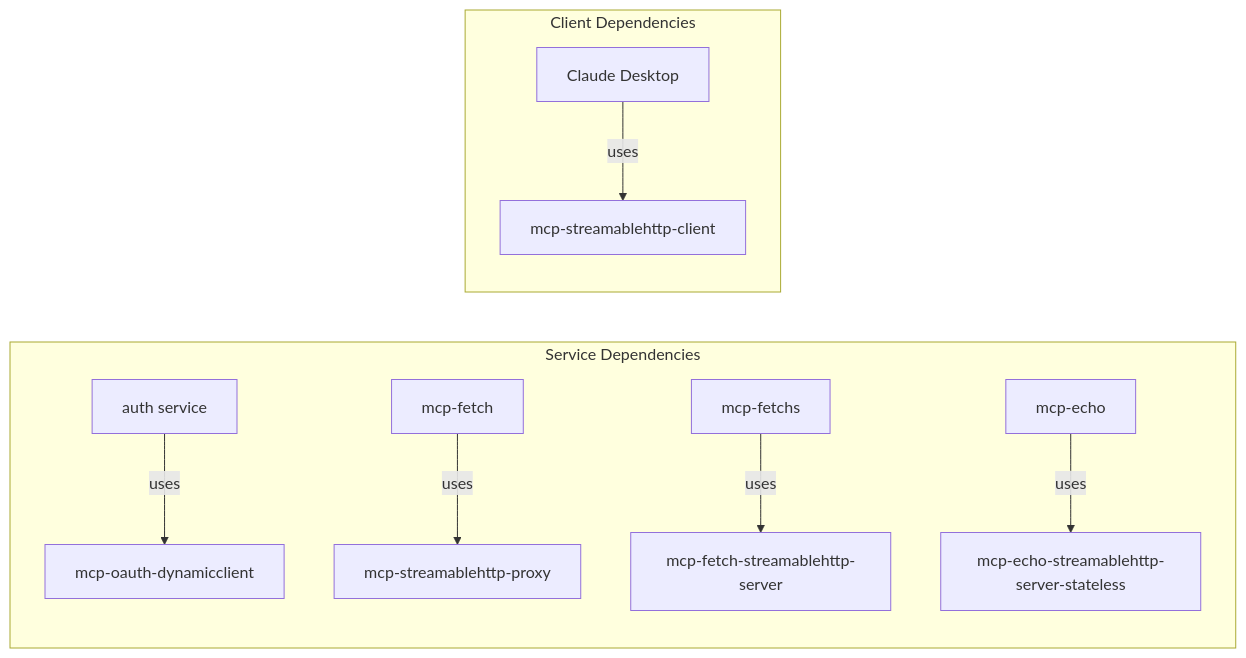
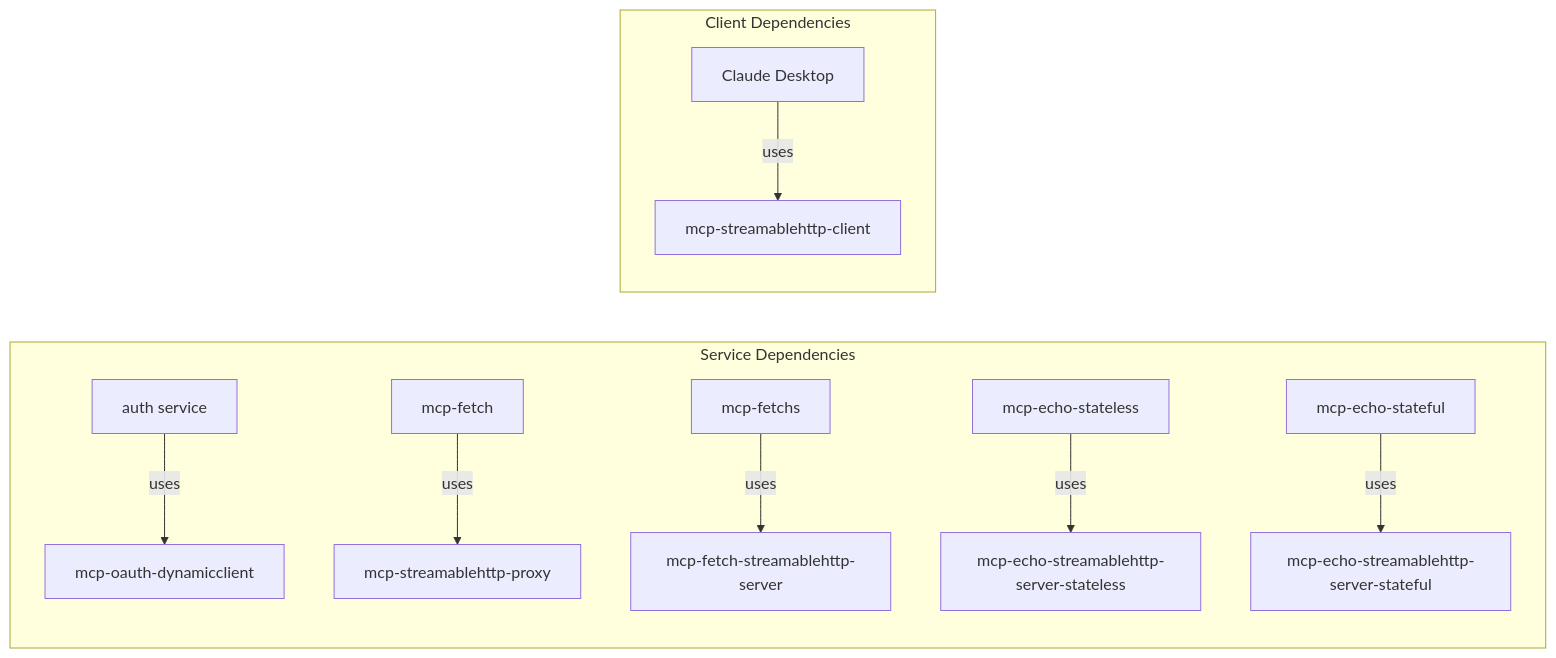
Before and after one commit to atrawog/mcp-oauth-gateway: the second of 2 diagrams in docs/packages/overview.md, drawn with Mermaid. The commit also changed other lines of this file and 13 other files, not shown here.

First line of the commit message:
Refactor and enhance MCP Echo services with stateful and stateless configurations

````diff
--- a/docs/packages/overview.md
+++ b/docs/packages/overview.md
@@ -99,13 +111,14 @@
 ```mermaid
 graph LR
     subgraph "Service Dependencies"
         A[auth service] -->|uses| O[mcp-oauth-dynamicclient]
         F1[mcp-fetch] -->|uses| P[mcp-streamablehttp-proxy]
         F2[mcp-fetchs] -->|uses| FS[mcp-fetch-streamablehttp-server]
-        E1[mcp-echo] -->|uses| ES[mcp-echo-streamablehttp-server-stateless]
+        E1[mcp-echo-stateless] -->|uses| ES[mcp-echo-streamablehttp-server-stateless]
+        E2[mcp-echo-stateful] -->|uses| EST[mcp-echo-streamablehttp-server-stateful]
     end
 
     subgraph "Client Dependencies"
         CD[Claude Desktop] -->|uses| C[mcp-streamablehttp-client]
     end
 ```
````
